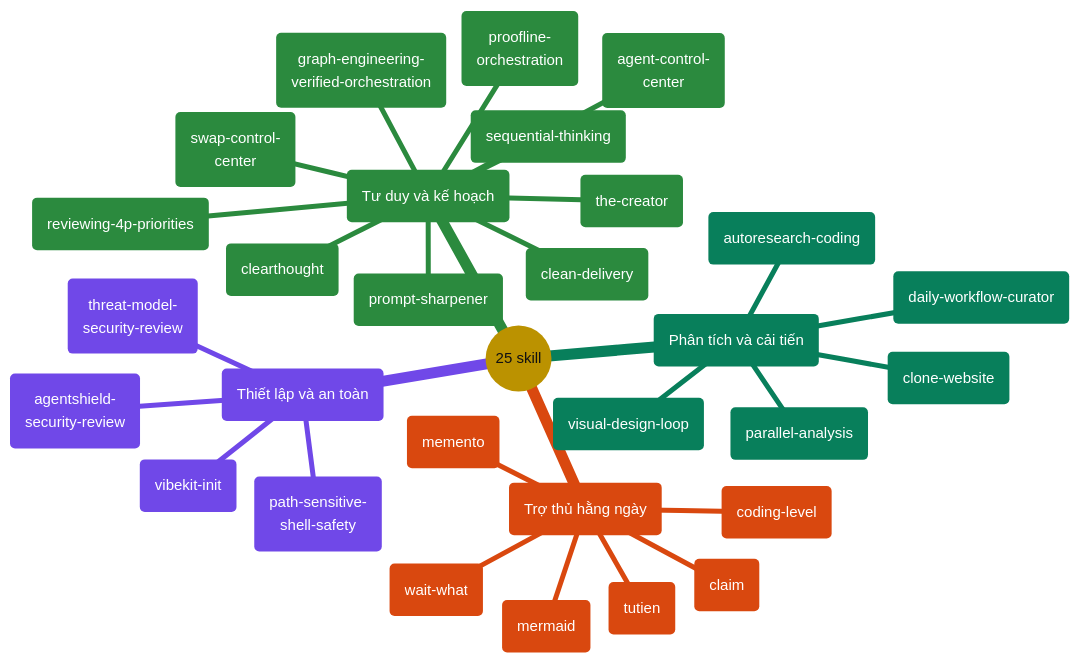
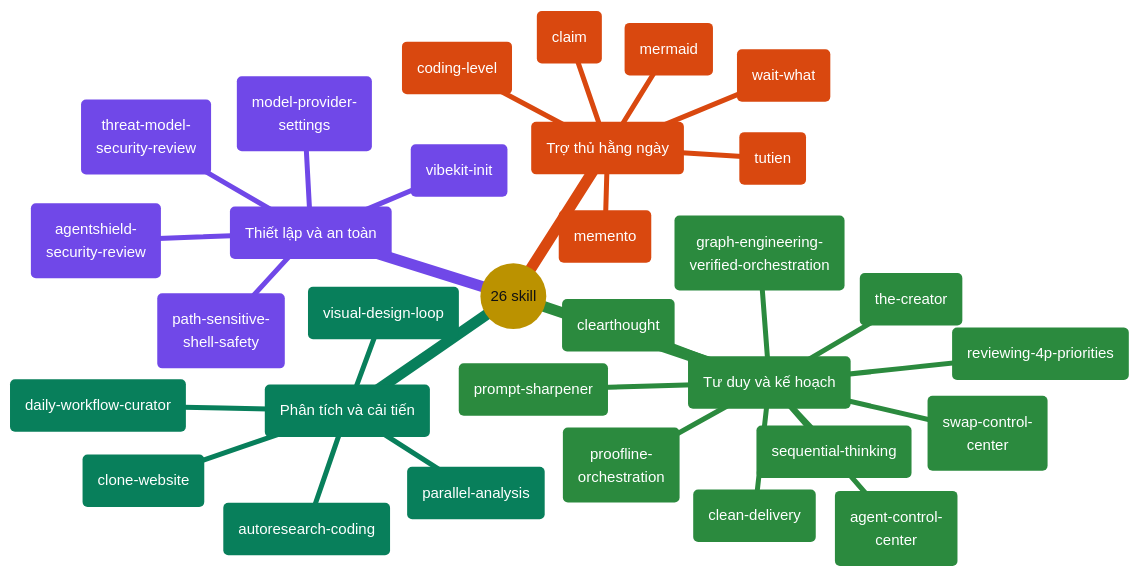
One commit to giang6283623/minimal-vibe-coding-kit changed the fifth of 10 diagrams in docs/README.vi.md. Above: the diagram before and after it, drawn with Mermaid. The commit also changed other lines of this file and 183 other files, not shown here.

````diff
--- a/docs/README.vi.md
+++ b/docs/README.vi.md
@@ -360,66 +360,67 @@
 ```mermaid
 ---
 config:
   theme: base
   themeCSS: >-
     .mindmap-node:not(.section-root):not(.section--1) text,
     .mindmap-node:not(.section-root):not(.section--1) tspan
     { fill: #FFFFFF !important; }
     .mindmap-node:not(.section-root):not(.section--1) div,
     .mindmap-node:not(.section-root):not(.section--1) span,
     .mindmap-node:not(.section-root):not(.section--1) p
     { color: #FFFFFF !important; }
   themeVariables:
     darkMode: false
     fontFamily: cascadia mono, consolas, noto sans mono, menlo, monospace
     fontSize: 15px
     lineColor: "#888888"
     textColor: "#111111"
     primaryColor: "#FFD43B"
     primaryTextColor: "#111111"
     primaryBorderColor: "#444444"
     cScale0: "#1971C2"
     cScale1: "#7048E8"
     cScale2: "#2B8A3E"
     cScale3: "#087F5B"
     cScale4: "#D9480F"
     cScale5: "#C2255C"
     cScaleLabel0: "#FFFFFF"
     cScaleLabel1: "#FFFFFF"
     cScaleLabel2: "#FFFFFF"
     cScaleLabel3: "#FFFFFF"
     cScaleLabel4: "#FFFFFF"
     cScaleLabel5: "#FFFFFF"
 ---
 mindmap
-  root(("25 skill"))
+  root(("26 skill"))
     setup("Thiết lập và an toàn")
       s1("vibekit-init")
       s2("agentshield-<br/>security-review")
       s3("path-sensitive-<br/>shell-safety")
       s4("threat-model-<br/>security-review")
+      s5("model-provider-<br/>settings")
     think("Tư duy và kế hoạch")
       t1("clearthought")
       t2("sequential-thinking")
       t3("prompt-sharpener")
       t4("reviewing-4p-priorities")
       t5("graph-engineering-<br/>verified-orchestration")
       t6("the-creator")
       t7("proofline-<br/>orchestration")
       t8("clean-delivery")
       t9("agent-control-<br/>center")
       t10("swap-control-<br/>center")
     analyze("Phân tích và cải tiến")
       a1("parallel-analysis")
       a2("autoresearch-coding")
       a3("daily-workflow-curator")
       a4("visual-design-loop")
       a5("clone-website")
     helpers("Trợ thủ hằng ngày")
       h1("memento")
       h2("coding-level")
       h3("mermaid")
       h4("claim")
       h5("tutien")
       h6("wait-what")
 ```
````
